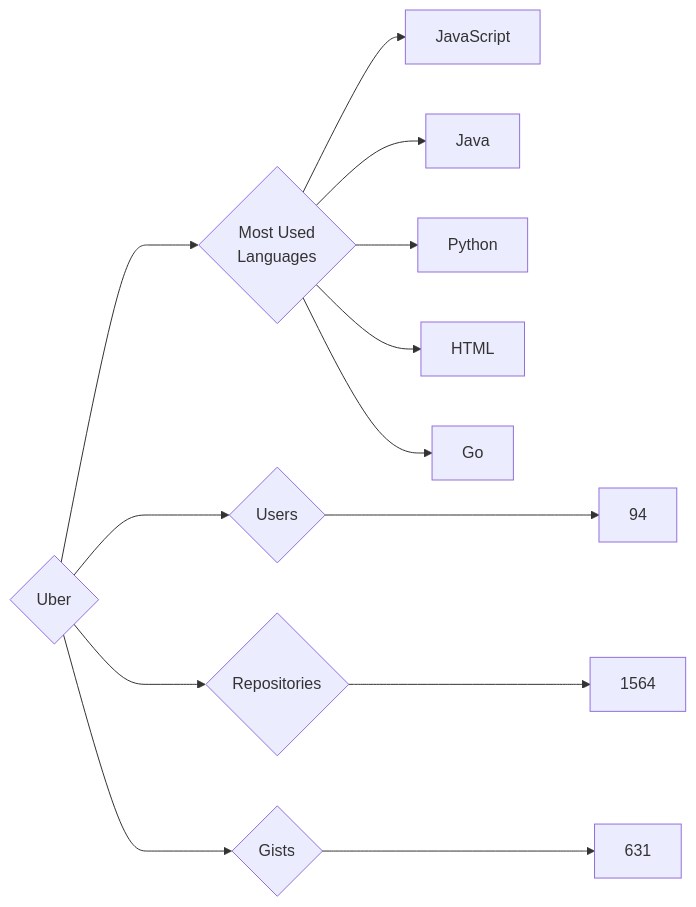
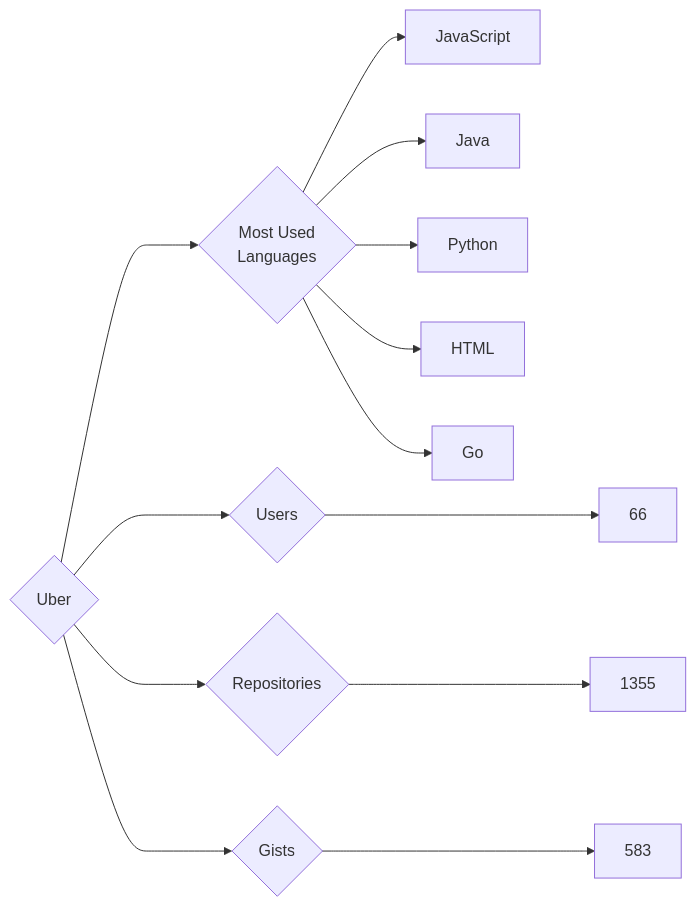
One commit to trickest/insiders changed the diagram in targets/Uber/README.md. Above: the diagram before and after it, drawn with Mermaid. The commit also changed 773 other files, not shown here.

````diff
--- a/targets/Uber/README.md
+++ b/targets/Uber/README.md
@@ -3,13 +3,13 @@
 ```mermaid
 graph LR
 COMPANY_NAME{Uber}
-COMPANY_NAME ---> U{Users} ---> UN[94]
-COMPANY_NAME ---> R{Repositories} ---> RN[1564]
-COMPANY_NAME ---> G{Gists} ---> GN[631]
+COMPANY_NAME ---> U{Users} ---> UN[66]
+COMPANY_NAME ---> R{Repositories} ---> RN[1355]
+COMPANY_NAME ---> G{Gists} ---> GN[583]
 COMPANY_NAME ---> ML{Most Used<br>Languages}
 ML --> JavaScript[JavaScript]
 ML --> Java[Java]
 ML --> Python[Python]
 ML --> HTML[HTML]
 ML --> Go[Go]
 ```
````
